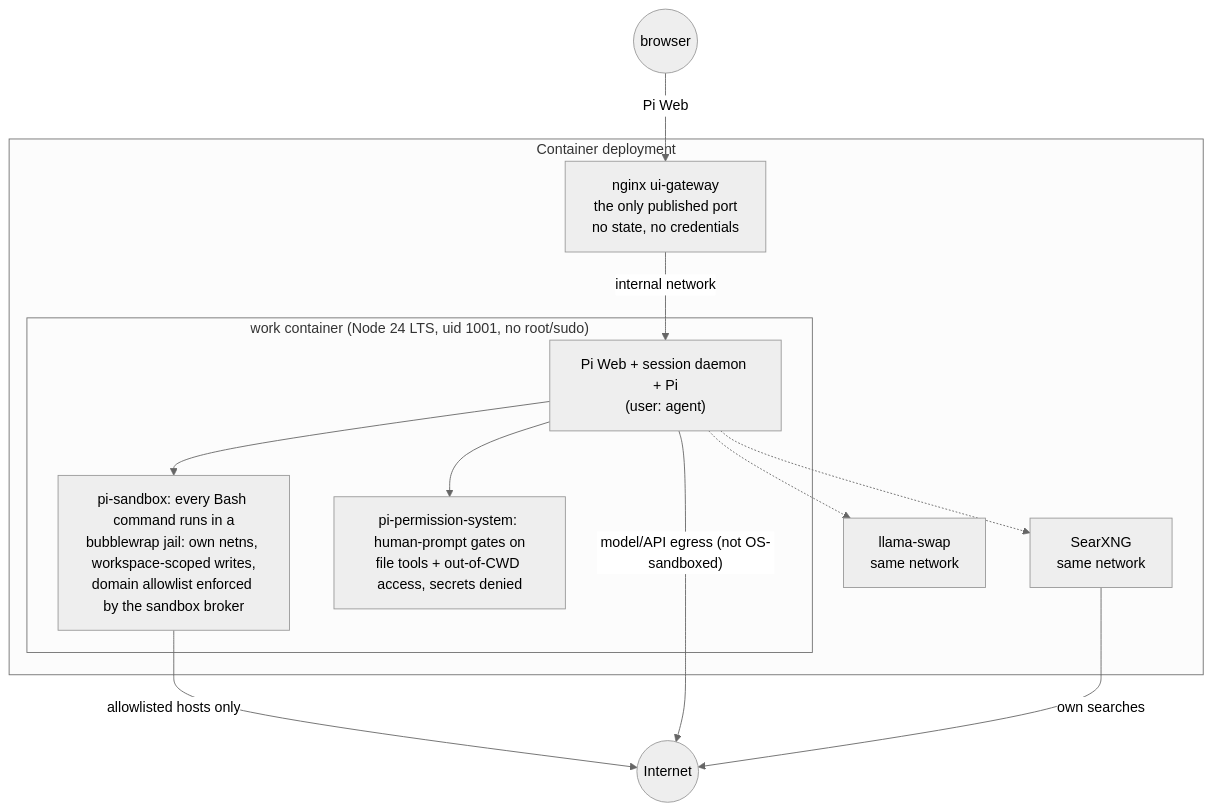
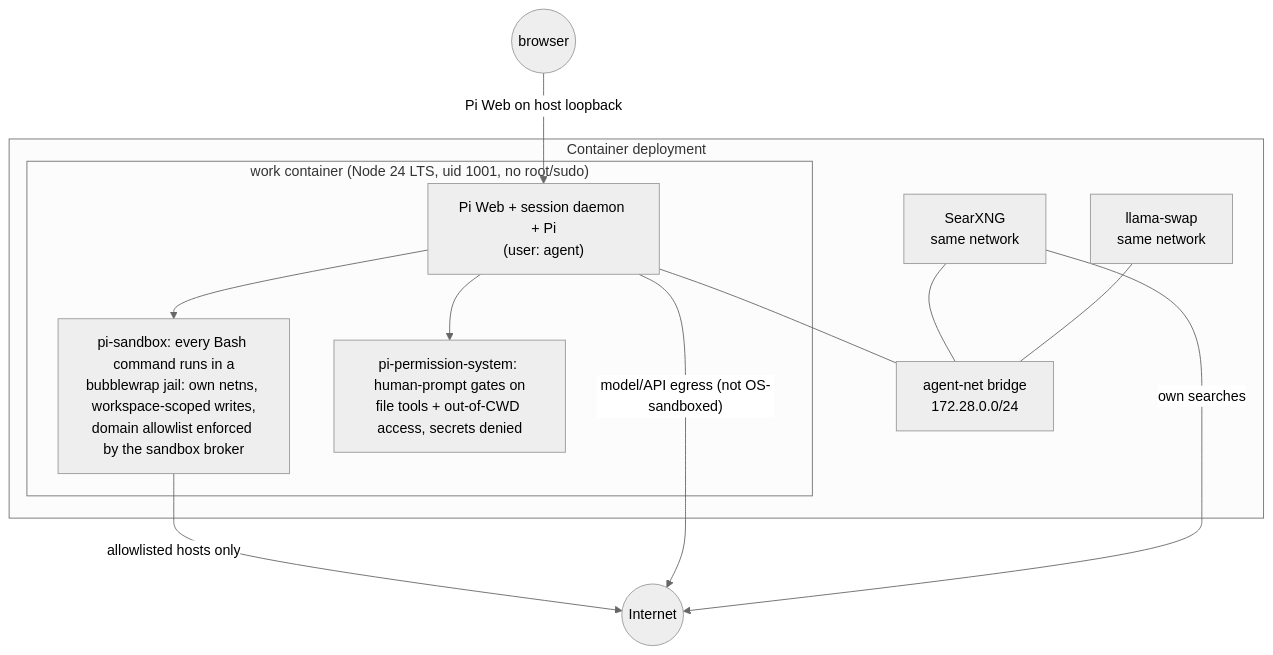
One commit to acon96/work changed the diagram in README.md. Above: the diagram before and after it, drawn with Mermaid (neutral theme). The commit also changed other lines of this file and 12 other files, not shown here.

````diff
--- a/README.md
+++ b/README.md
@@ -9,25 +9,25 @@
 ```mermaid
 graph TB
     subgraph compose["Container deployment"]
         subgraph workc["work container (Node 24 LTS, uid 1001, no root/sudo)"]
             pi["Pi Web + session daemon + Pi<br/>(user: agent)"]
             ps["pi-sandbox: every Bash command runs in a<br/>bubblewrap jail: own netns, workspace-scoped writes,<br/>domain allowlist enforced by the sandbox broker"]
             perm["pi-permission-system: human-prompt gates on<br/>file tools + out-of-CWD access, secrets denied"]
         end
         searxng["SearXNG<br/>same network"]
         llama["llama-swap<br/>same network"]
-        gateway["nginx ui-gateway<br/>the only published port<br/>no state, no credentials"]
+        net["agent-net bridge<br/>172.28.0.0/24"]
 
         pi --> ps
         pi --> perm
-        pi -.-> searxng
-        pi -.-> llama
-        gateway -->|"internal network"| pi
+        pi --- net
+        searxng --- net
+        llama --- net
     end
 
-    browser(("browser")) -->|"Pi Web"| gateway
+    browser(("browser")) -->|"Pi Web on host loopback"| pi
 
     ps -->|"allowlisted hosts only"| internet((Internet))
     pi -->|"model/API egress (not OS-sandboxed)"| internet
     searxng -->|own searches| internet
 ```
````
